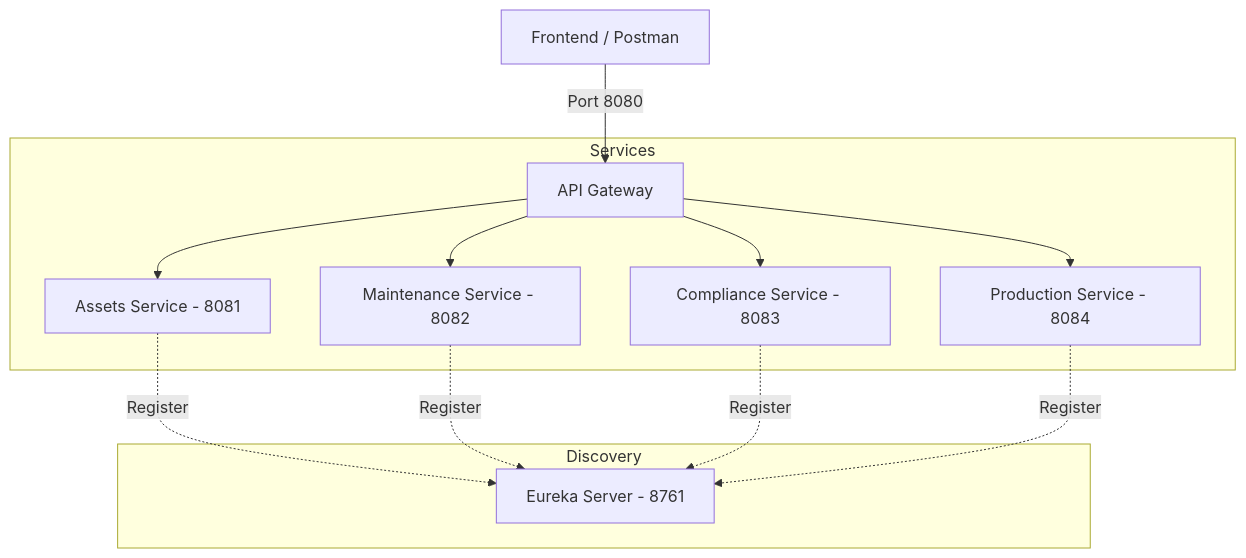
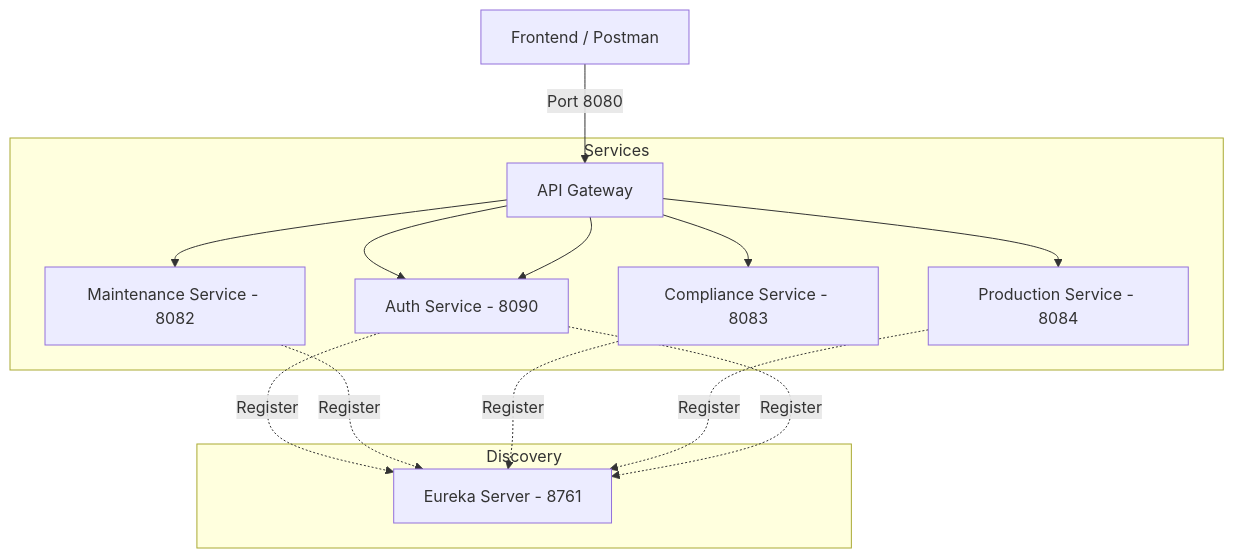
Before and after one commit to ManoharSingh1301/microservices: the diagram in README.md, drawn with Mermaid. The commit also changed other lines of this file, not shown here.

````diff
--- a/README.md
+++ b/README.md
@@ -29,20 +29,22 @@
 ```mermaid
 graph TD
     Client[Frontend / Postman] -->|Port 8080| GW[API Gateway]
     
     subgraph Discovery
         E[Eureka Server - 8761]
     end
     
     subgraph Services
         GW --> AS[Assets Service - 8081]
         GW --> MS[Maintenance Service - 8082]
         GW --> CS[Compliance Service - 8083]
         GW --> PS[Production Service - 8084]
+        GW --> AS[Auth Service - 8090]
     end
 
     AS -.->|Register| E
     MS -.->|Register| E
     CS -.->|Register| E
     PS -.->|Register| E
+    AS -.->|Register| E
 ```
````
